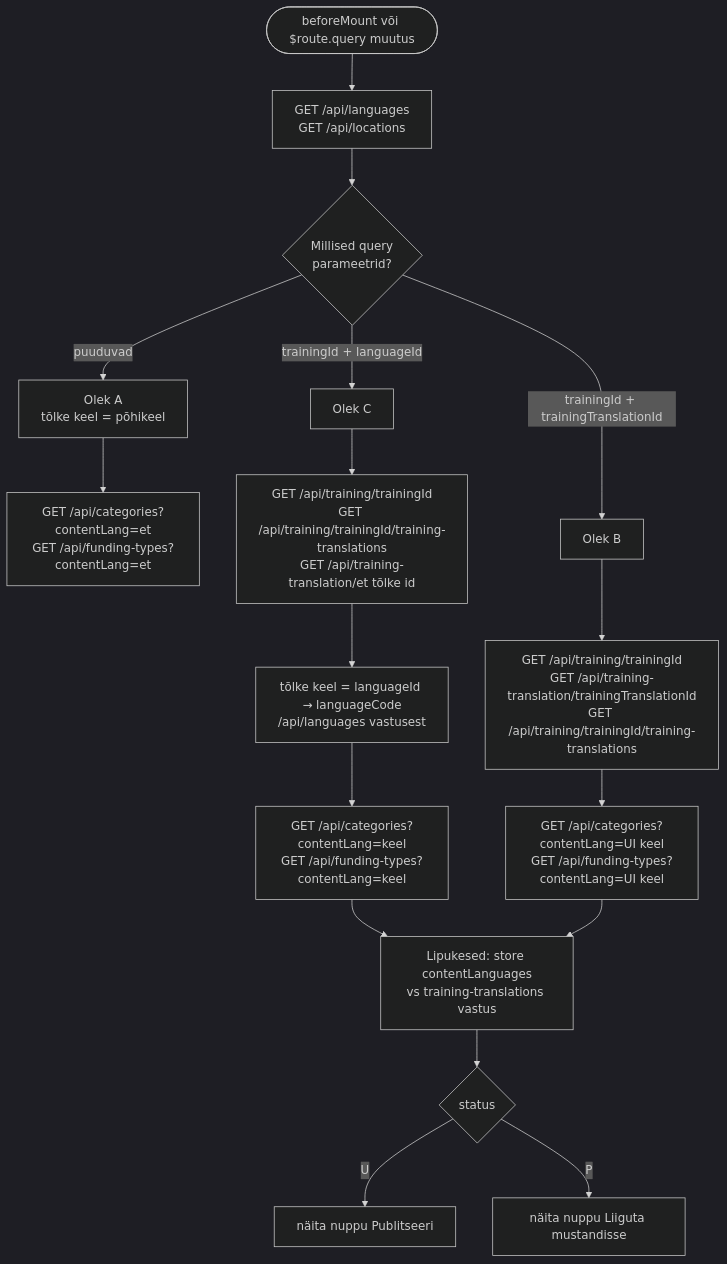
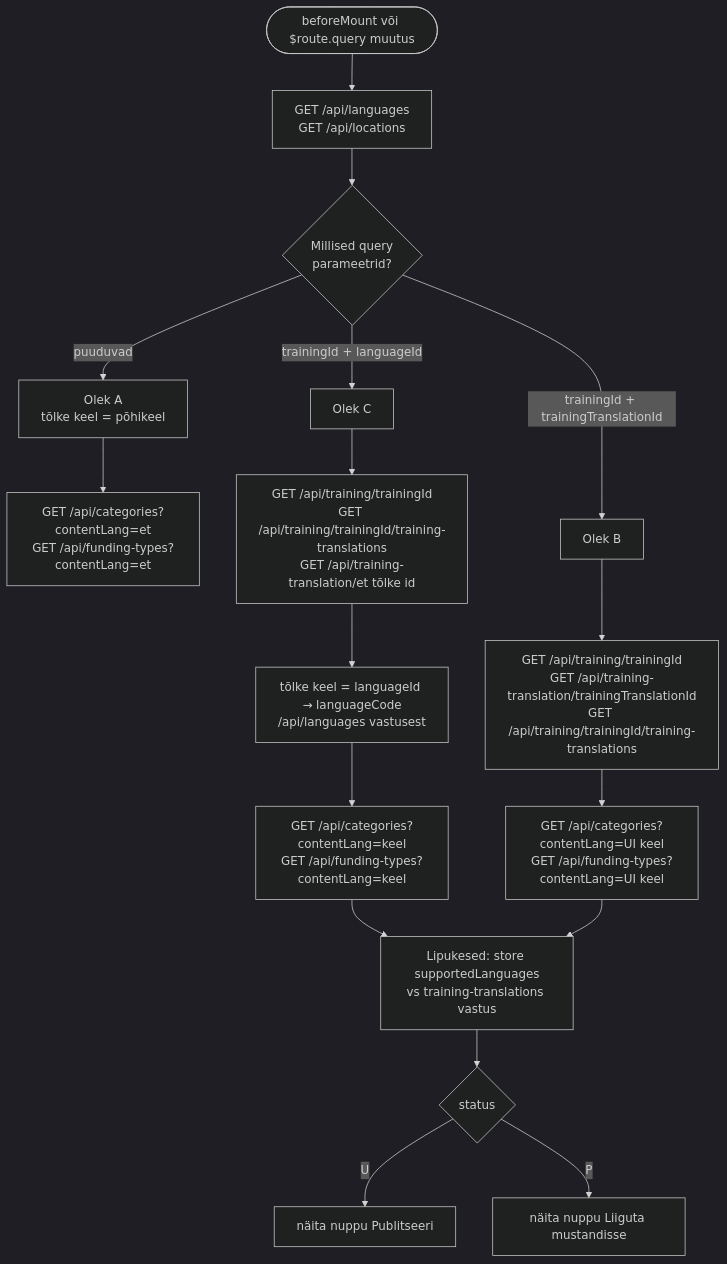
One commit to FredLehing/bcs-koolitused changed the second of 7 diagrams in docs/mock-wireframe/loo-mock-vaade/training-form-view-skeemid.md. Above: the diagram before and after it, drawn with Mermaid (dark theme). The commit also changed other lines of this file and 13 other files, not shown here.

````diff
--- a/docs/mock-wireframe/loo-mock-vaade/training-form-view-skeemid.md
+++ b/docs/mock-wireframe/loo-mock-vaade/training-form-view-skeemid.md
@@ -63,23 +63,23 @@
 ```mermaid
 flowchart TD
     Start([beforeMount või $route.query muutus]) --> Common[GET /api/languages<br/>GET /api/locations]
     Common --> Q{Millised query<br/>parameetrid?}
 
     Q -- puuduvad --> A[Olek A<br/>tõlke keel = põhikeel]
     A --> DropA[GET /api/categories?contentLang=et<br/>GET /api/funding-types?contentLang=et]
 
     Q -- trainingId + languageId --> B[Olek C]
     B --> LoadB[GET /api/training/trainingId<br/>GET /api/training/trainingId/training-translations<br/>GET /api/training-translation/et tõlke id]
     LoadB --> LangB[tõlke keel = languageId → languageCode<br/>/api/languages vastusest]
     LangB --> DropB[GET /api/categories?contentLang=keel<br/>GET /api/funding-types?contentLang=keel]
 
     Q -- trainingId + trainingTranslationId --> C[Olek B]
     C --> LoadC[GET /api/training/trainingId<br/>GET /api/training-translation/trainingTranslationId<br/>GET /api/training/trainingId/training-translations]
     LoadC --> DropC[GET /api/categories?contentLang=UI keel<br/>GET /api/funding-types?contentLang=UI keel]
 
-    DropB --> Flags[Lipukesed: store contentLanguages<br/>vs training-translations vastus]
+    DropB --> Flags[Lipukesed: store supportedLanguages<br/>vs training-translations vastus]
     DropC --> Flags
     Flags --> Status{status}
     Status -- U --> BtnP[näita nuppu Publitseeri]
     Status -- P --> BtnD[näita nuppu Liiguta mustandisse]
 ```
````
